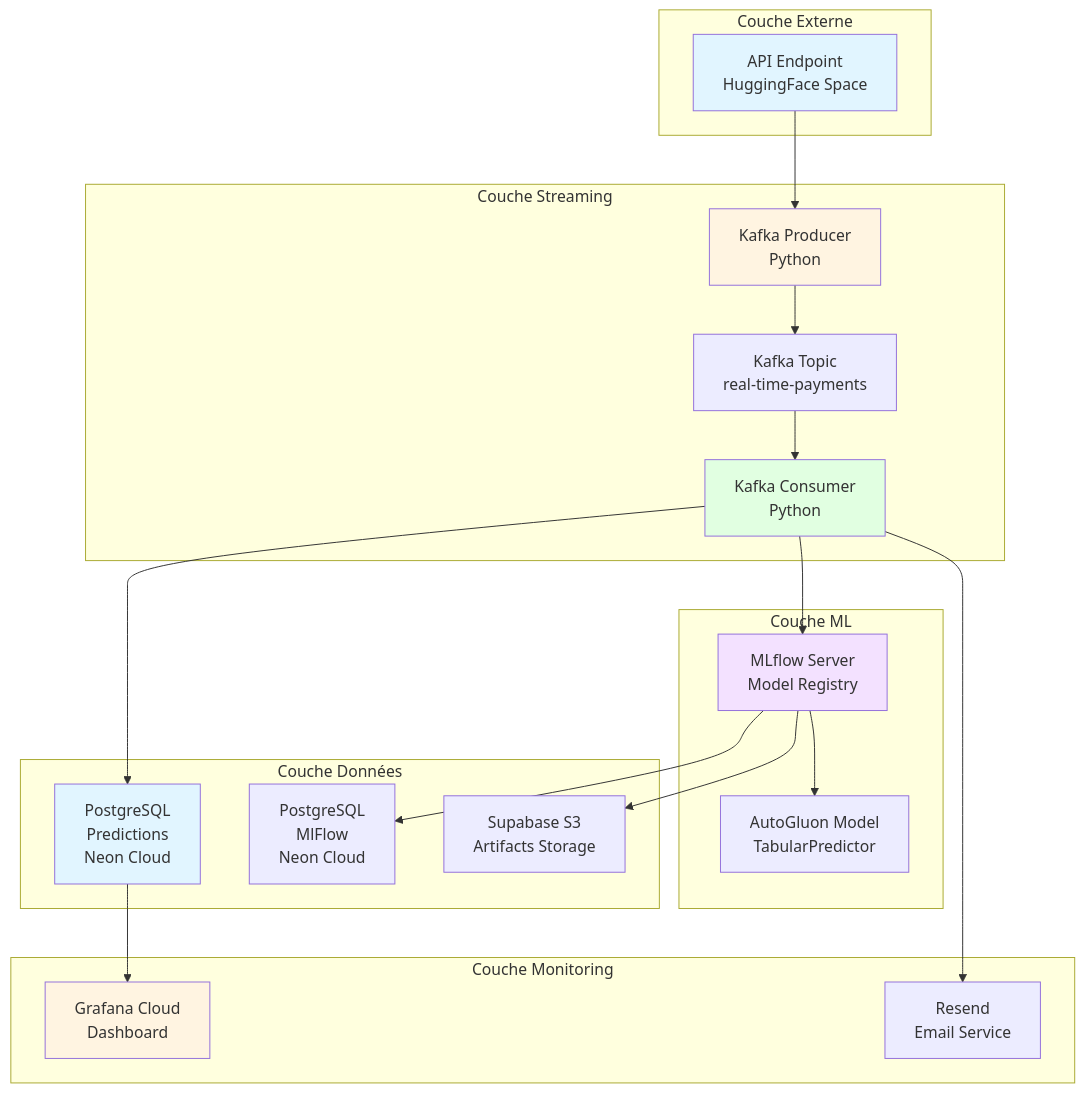
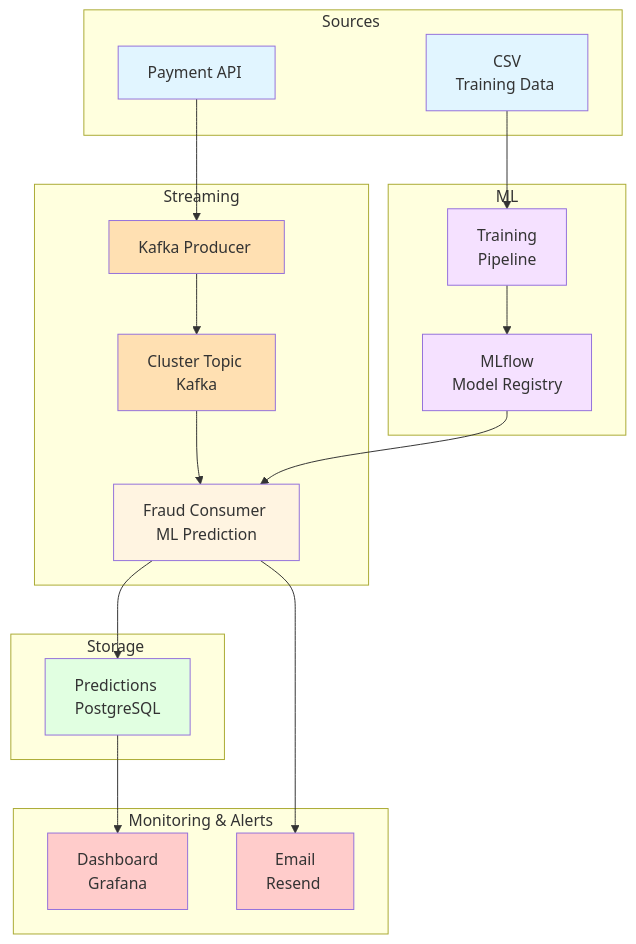
The diagram in Services/docsify/docs/architecture.md (jefraudai/jefraudai), drawn with Mermaid before and after one commit. The commit also changed other lines of this file and 14 other files, not shown here.

````diff
--- a/Services/docsify/docs/architecture.md
+++ b/Services/docsify/docs/architecture.md
@@ -7,46 +11,48 @@
 ```mermaid
 graph TD
-    subgraph "Couche Externe"
-        UI[API Endpoint<br/>HuggingFace Space]
+    subgraph "Sources<span>&nbsp</span>"
+        API[Payment API<span>&nbsp</span>]
+        CSV[CSV<br/>Training Data<span>&nbsp</span>]
     end
-    
-    subgraph "Couche Streaming"
-        KP[Kafka Producer<br/>Python]
-        KT[Kafka Topic<br/>real-time-payments]
-        KC[Kafka Consumer<br/>Python]
+
+    subgraph "Streaming"
+        KP[Kafka Producer<span>&nbsp</span>]
+        KT[Cluster Topic<span>&nbsp</span><br/>Kafka]
+        KC[Fraud Consumer<span>&nbsp</span><br/>ML Prediction]
     end
-    
-    subgraph "Couche ML"
-        ML[MLflow Server<br/>Model Registry]
-        AG[AutoGluon Model<br/>TabularPredictor]
+
+    subgraph "ML "
+        TR[Training<br/>Pipeline]
+        ML[MLflow<br/>Model Registry]
     end
-    
-    subgraph "Couche Données"
-        PG[PostgreSQL<br/>Predictions<br/>Neon Cloud]
-        PG2[PostgreSQL<br/>MlFlow<br/>Neon Cloud]
-        S3[Supabase S3<br/>Artifacts Storage]
+
+    subgraph "Storage<span>&nbsp</span>"
+        PG[Predictions<span>&nbsp</span><br/>PostgreSQL]
     end
-    
-    subgraph "Couche Monitoring"
-        GF[Grafana Cloud<br/>Dashboard]
-        RS[Resend<br/>Email Service]
+
+    subgraph "Monitoring & Alerts"
+        GF[Dashboard<br/>Grafana]
+        EM[Email<br/>Resend<span>&nbsp</span>]
     end
-    
-    UI --> KP
+
+    API --> KP
+    CSV --> TR
+    TR --> ML
     KP --> KT
     KT --> KC
-    KC --> ML
-    ML --> PG2
-    ML --> AG
     KC --> PG
-    ML --> S3
+    ML --> KC
     PG --> GF
-    KC --> RS
-    
-    style UI fill:#e1f5ff
-    style KP fill:#fff4e1
-    style KC fill:#e1ffe1
-    style ML fill:#f3e1ff
-    style PG fill:#e1f5ff
-    style GF fill:#fff4e1
+    KC --> EM
+
+    style API fill:#e1f5ff
+    style CSV fill:#e1f5ff
+    style KP fill:#ffe0b2
+    style KT fill:#ffe0b2
+    style KC fill:#fff4e1
+    style TR fill:#f5e1ff
+    style ML fill:#f5e1ff
+    style PG fill:#e1ffe1
+    style GF fill:#ffcccb
+    style EM fill:#ffcccb
 ```
````
